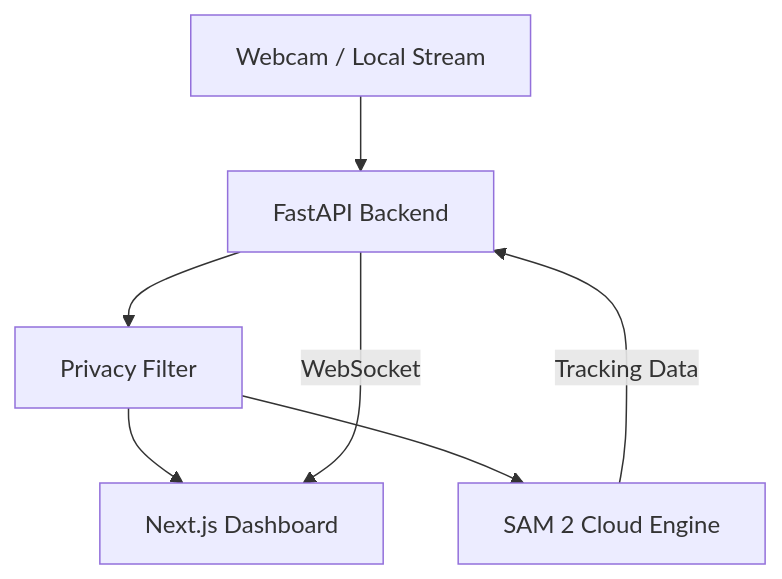
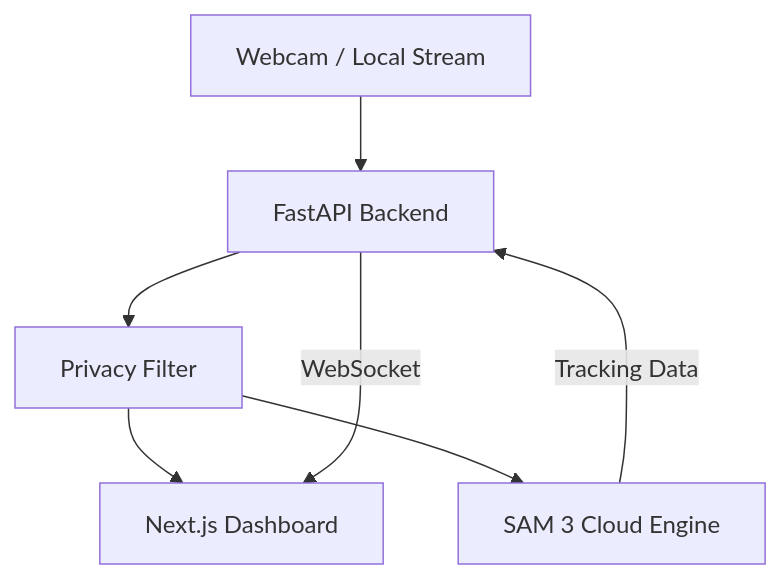
One commit to Anshsurana123/ChronoGuard changed the diagram in README.md. Above: the diagram before and after it, drawn with Mermaid. The commit also changed other lines of this file and 5 other files, not shown here.

Commit message:
feat: upgrade to SAM 3, add temporal engine for state tracking, and introduce SamClient for async endpoint communication

````diff
--- a/README.md
+++ b/README.md
@@ -26,9 +26,9 @@
 ```mermaid
 graph TD
     A[Webcam / Local Stream] --> B[FastAPI Backend]
     B --> C[Privacy Filter]
     C --> D[Next.js Dashboard]
-    C --> E[SAM 2 Cloud Engine]
+    C --> E[SAM 3 Cloud Engine]
     E -- Tracking Data --> B
     B -- WebSocket --> D
 ```
````
